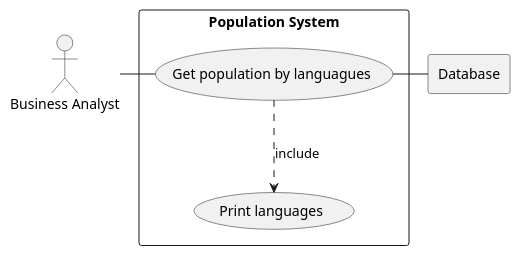
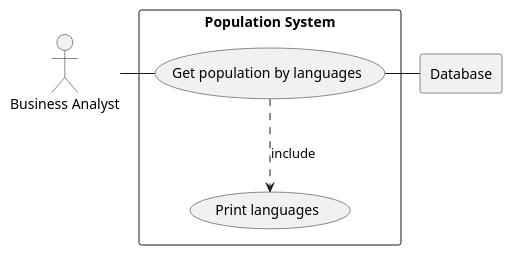
Before and after one commit to KaylCassie01/SoftEngGroupE: the diagram in use-cases/Issue #24 v1.puml, drawn with PlantUML.

Commit message:
Uploading to Group E GitHub

```diff
--- a/use-cases/Issue #24 v1.puml
+++ b/use-cases/Issue #24 v1.puml
@@ -1,18 +1,18 @@
 @startuml
 
 actor BA as "Business Analyst"
 
 rectangle Database
 
 rectangle "Population System" {
-    usecase UC4 as "Get population by languagues"
+    usecase UC4 as "Get population by languages"
 
 
     usecase UCa as "Print languages"
 
     BA - UC4
     UC4 ..> UCa : include
     UC4 - Database
 }
 
 @enduml
```
